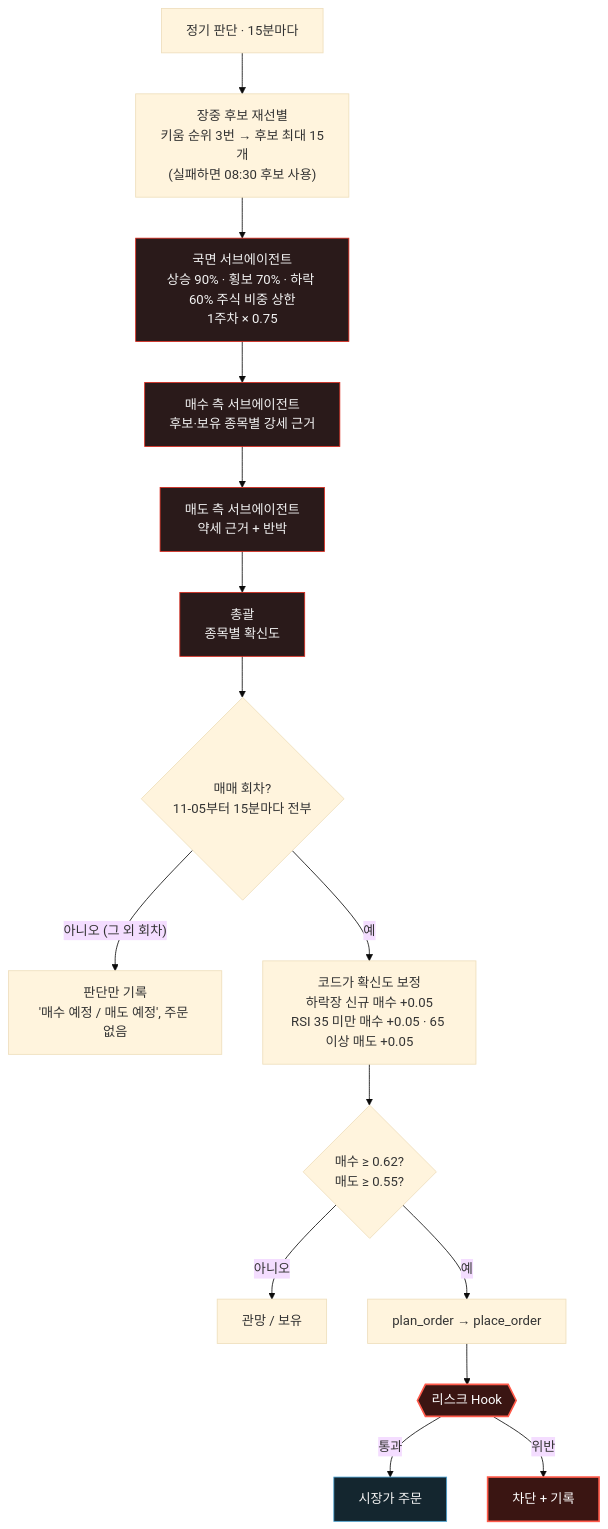
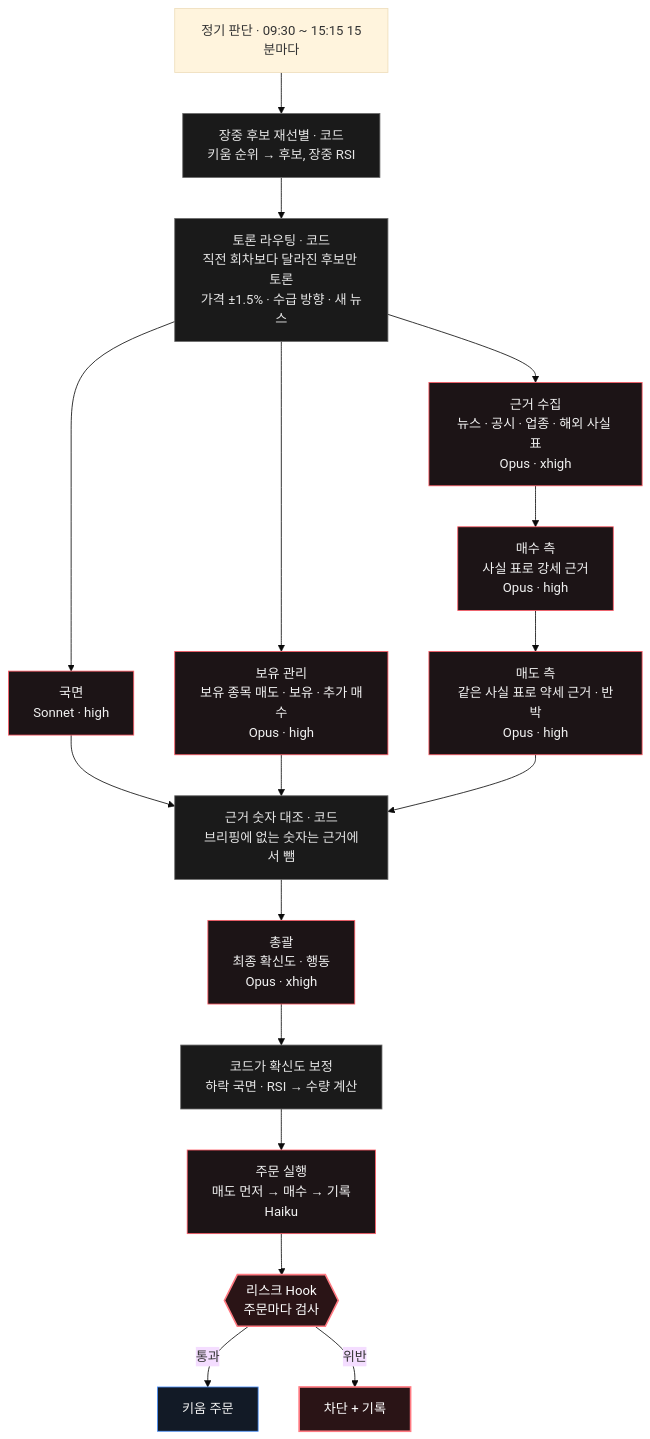
Before and after one commit to isopink/hynix-298f: the diagram in assets/diagrams/decision.ko.mmd, drawn with Mermaid (base theme). The commit also changed 18 other files, not shown here.

```diff
--- a/assets/diagrams/decision.ko.mmd
+++ b/assets/diagrams/decision.ko.mmd
@@ -1,21 +1,25 @@
 flowchart TB
-    S["정기 판단 · 15분마다"] --> P["장중 후보 재선별<br/>키움 순위 3번 → 후보 최대 15개<br/>(실패하면 08:30 후보 사용)"]
-    P --> G["국면 서브에이전트<br/>상승 90% · 횡보 70% · 하락 60% 주식 비중 상한<br/>1주차 × 0.75"]
-    G --> B["매수 측 서브에이전트<br/>후보·보유 종목별 강세 근거"]
-    B --> R["매도 측 서브에이전트<br/>약세 근거 + 반박"]
-    R --> L["총괄<br/>종목별 확신도"]
-    L --> T{"매매 회차?<br/>11-05부터 15분마다 전부"}
-    T -- "아니오 (그 외 회차)" --> V["판단만 기록<br/>'매수 예정 / 매도 예정', 주문 없음"]
-    T -- 예 --> C["코드가 확신도 보정<br/>하락장 신규 매수 +0.05<br/>RSI 35 미만 매수 +0.05 · 65 이상 매도 +0.05"]
-    C --> Q{"매수 ≥ 0.62?<br/>매도 ≥ 0.55?"}
-    Q -- 아니오 --> W["관망 / 보유"]
-    Q -- 예 --> Z["plan_order → place_order"]
-    Z --> H{{"리스크 Hook"}}
-    H -- 통과 --> O["시장가 주문"]
+    S["정기 판단 · 09:30 ~ 15:15 15분마다"] --> P["장중 후보 재선별 · 코드<br/>키움 순위 → 후보, 장중 RSI"]
+    P --> RT["토론 라우팅 · 코드<br/>직전 회차보다 달라진 후보만 토론<br/>가격 ±1.5% · 수급 방향 · 새 뉴스"]
+    RT --> G["국면<br/>Sonnet · high"]
+    RT --> PO["보유 관리<br/>보유 종목 매도 · 보유 · 추가 매수<br/>Opus · high"]
+    RT --> RS["근거 수집<br/>뉴스 · 공시 · 업종 · 해외 사실 표<br/>Opus · xhigh"]
+    RS --> B["매수 측<br/>사실 표로 강세 근거<br/>Opus · high"]
+    B --> R["매도 측<br/>같은 사실 표로 약세 근거 · 반박<br/>Opus · high"]
+    G --> V
+    PO --> V
+    R --> V["근거 숫자 대조 · 코드<br/>브리핑에 없는 숫자는 근거에서 뺌"]
+    V --> L["총괄<br/>최종 확신도 · 행동<br/>Opus · xhigh"]
+    L --> C["코드가 확신도 보정<br/>하락 국면 · RSI → 수량 계산"]
+    C --> E["주문 실행<br/>매도 먼저 → 매수 → 기록<br/>Haiku"]
+    E --> H{{"리스크 Hook<br/>주문마다 검사"}}
+    H -- 통과 --> O["키움 주문"]
     H -- 위반 --> X["차단 + 기록"]
-    classDef agent fill:#2a1a1a,stroke:#da291c,color:#f3f3f3
-    classDef hook fill:#3a1512,stroke:#ff5a4a,stroke-width:2px,color:#ffffff
-    classDef ok fill:#14262f,stroke:#4aa3d4,color:#f3f3f3
-    class G,B,R,L agent
+    classDef agent fill:#1c1416,stroke:#ff5a65,color:#f2f2f2
+    classDef code fill:#1a1a1a,stroke:#6a6a6a,color:#e6e6e6
+    classDef hook fill:#2a1416,stroke:#ff7a82,stroke-width:2px,color:#ffffff
+    classDef ok fill:#121a26,stroke:#4e94ff,color:#f2f2f2
+    class G,PO,RS,B,R,L,E agent
+    class P,RT,V,C code
     class H,X hook
     class O ok
```
